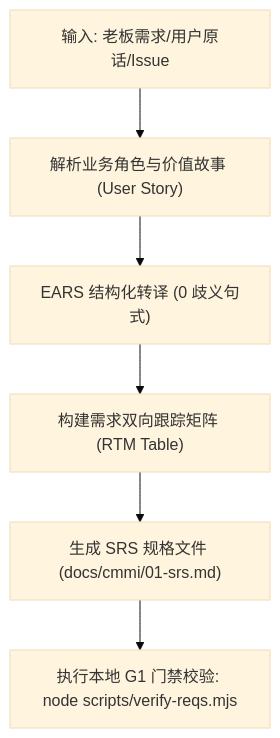
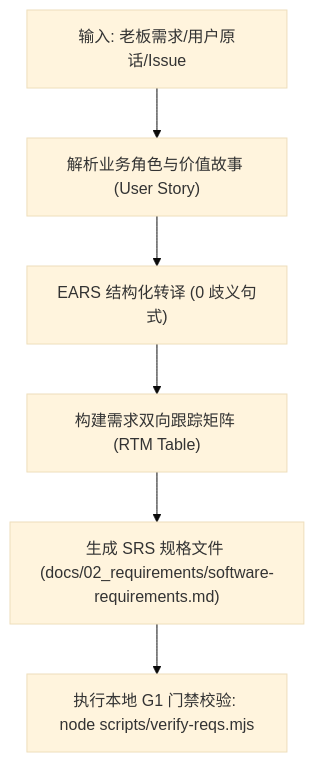
One commit to xaicd/coolie changed the diagram in .agents/skills/cmmi-req-spec/SKILL.md. Above: the diagram before and after it, drawn with Mermaid (base theme). The commit also changed other lines of this file and 437 other files, not shown here.

````diff
--- a/.agents/skills/cmmi-req-spec/SKILL.md
+++ b/.agents/skills/cmmi-req-spec/SKILL.md
@@ -31,8 +35,8 @@
 ```mermaid
 flowchart TD
   A["输入: 老板需求/用户原话/Issue"] --> B["解析业务角色与价值故事 (User Story)"]
   B --> C["EARS 结构化转译 (0 歧义句式)"]
   C --> D["构建需求双向跟踪矩阵 (RTM Table)"]
-  D --> E["生成 SRS 规格文件 (docs/cmmi/01-srs.md)"]
+  D --> E["生成 SRS 规格文件 (docs/02_requirements/software-requirements.md)"]
   E --> F["执行本地 G1 门禁校验: node scripts/verify-reqs.mjs"]
 ```
````
